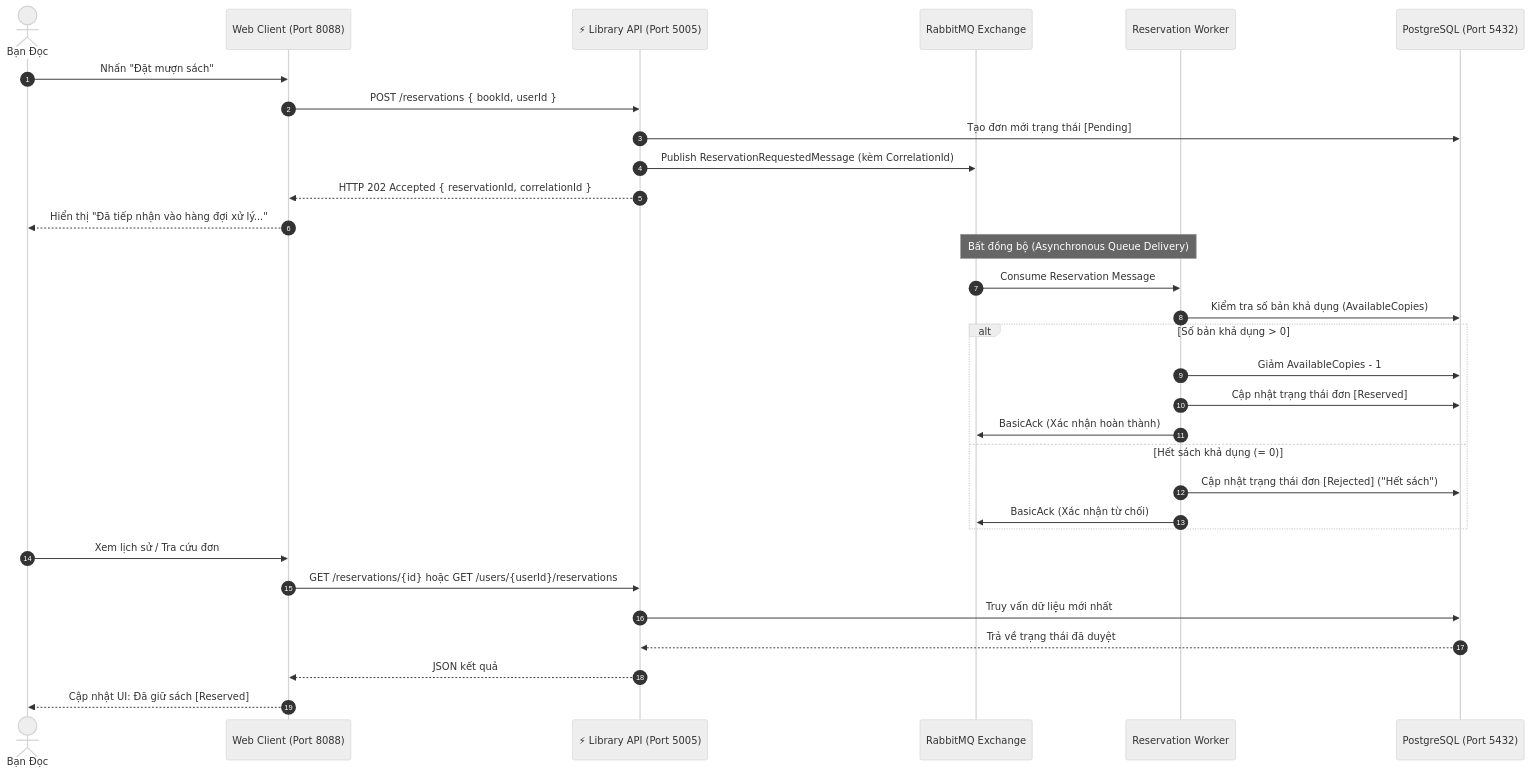
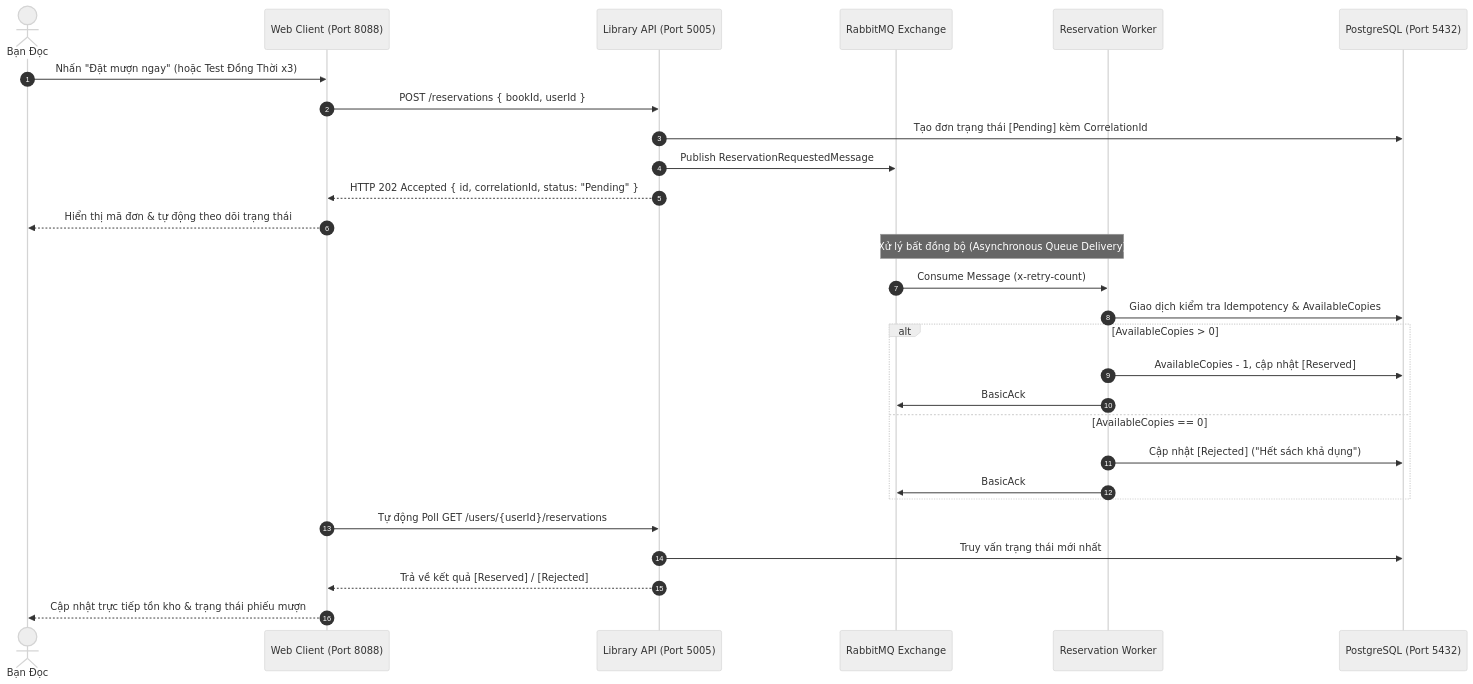
Before and after one commit to azmedia2006/distributed-library-reservation-v2: the second of 2 diagrams in README.md, drawn with Mermaid (neutral theme). The commit also changed other lines of this file and 3 other files, not shown here.

Commit message:
test,docs: add 8 ReservationService unit tests and update report & README for complete v2.1 release

````diff
--- a/README.md
+++ b/README.md
@@ -84,36 +87,33 @@
 ```mermaid
 sequenceDiagram
     autonumber
     actor User as Bạn Đọc
     participant Web as Web Client (Port 8088)
-    participant API as ⚡ Library API (Port 5005)
+    participant API as Library API (Port 5005)
     participant RMQ as RabbitMQ Exchange
     participant Worker as Reservation Worker
     participant DB as PostgreSQL (Port 5432)
 
-    User->>Web: Nhấn "Đặt mượn sách"
+    User->>Web: Nhấn "Đặt mượn ngay" (hoặc Test Đồng Thời x3)
     Web->>API: POST /reservations { bookId, userId }
-    API->>DB: Tạo đơn mới trạng thái [Pending]
-    API->>RMQ: Publish ReservationRequestedMessage (kèm CorrelationId)
-    API-->>Web: HTTP 202 Accepted { reservationId, correlationId }
-    Web-->>User: Hiển thị "Đã tiếp nhận vào hàng đợi xử lý..."
+    API->>DB: Tạo đơn trạng thái [Pending] kèm CorrelationId
+    API->>RMQ: Publish ReservationRequestedMessage
+    API-->>Web: HTTP 202 Accepted { id, correlationId, status: "Pending" }
+    Web-->>User: Hiển thị mã đơn & tự động theo dõi trạng thái
 
-    Note over RMQ,Worker: Bất đồng bộ (Asynchronous Queue Delivery)
-    RMQ->>Worker: Consume Reservation Message
-    Worker->>DB: Kiểm tra số bản khả dụng (AvailableCopies)
-    alt Số bản khả dụng > 0
-        Worker->>DB: Giảm AvailableCopies - 1
-        Worker->>DB: Cập nhật trạng thái đơn [Reserved]
-        Worker->>RMQ: BasicAck (Xác nhận hoàn thành)
-    else Hết sách khả dụng (= 0)
-        Worker->>DB: Cập nhật trạng thái đơn [Rejected] ("Hết sách")
-        Worker->>RMQ: BasicAck (Xác nhận từ chối)
+    Note over RMQ,Worker: Xử lý bất đồng bộ (Asynchronous Queue Delivery)
+    RMQ->>Worker: Consume Message (x-retry-count)
+    Worker->>DB: Giao dịch kiểm tra Idempotency & AvailableCopies
+    alt AvailableCopies > 0
+        Worker->>DB: AvailableCopies - 1, cập nhật [Reserved]
+        Worker->>RMQ: BasicAck
+    else AvailableCopies == 0
+        Worker->>DB: Cập nhật [Rejected] ("Hết sách khả dụng")
+        Worker->>RMQ: BasicAck
     end
 
-    User->>Web: Xem lịch sử / Tra cứu đơn
-    Web->>API: GET /reservations/{id} hoặc GET /users/{userId}/reservations
-    API->>DB: Truy vấn dữ liệu mới nhất
-    DB-->>API: Trả về trạng thái đã duyệt
-    API-->>Web: JSON kết quả
-    Web-->>User: Cập nhật UI: Đã giữ sách [Reserved]
+    Web->>API: Tự động Poll GET /users/{userId}/reservations
+    API->>DB: Truy vấn trạng thái mới nhất
+    API-->>Web: Trả về kết quả [Reserved] / [Rejected]
+    Web-->>User: Cập nhật trực tiếp tồn kho & trạng thái phiếu mượn
 ```
````
